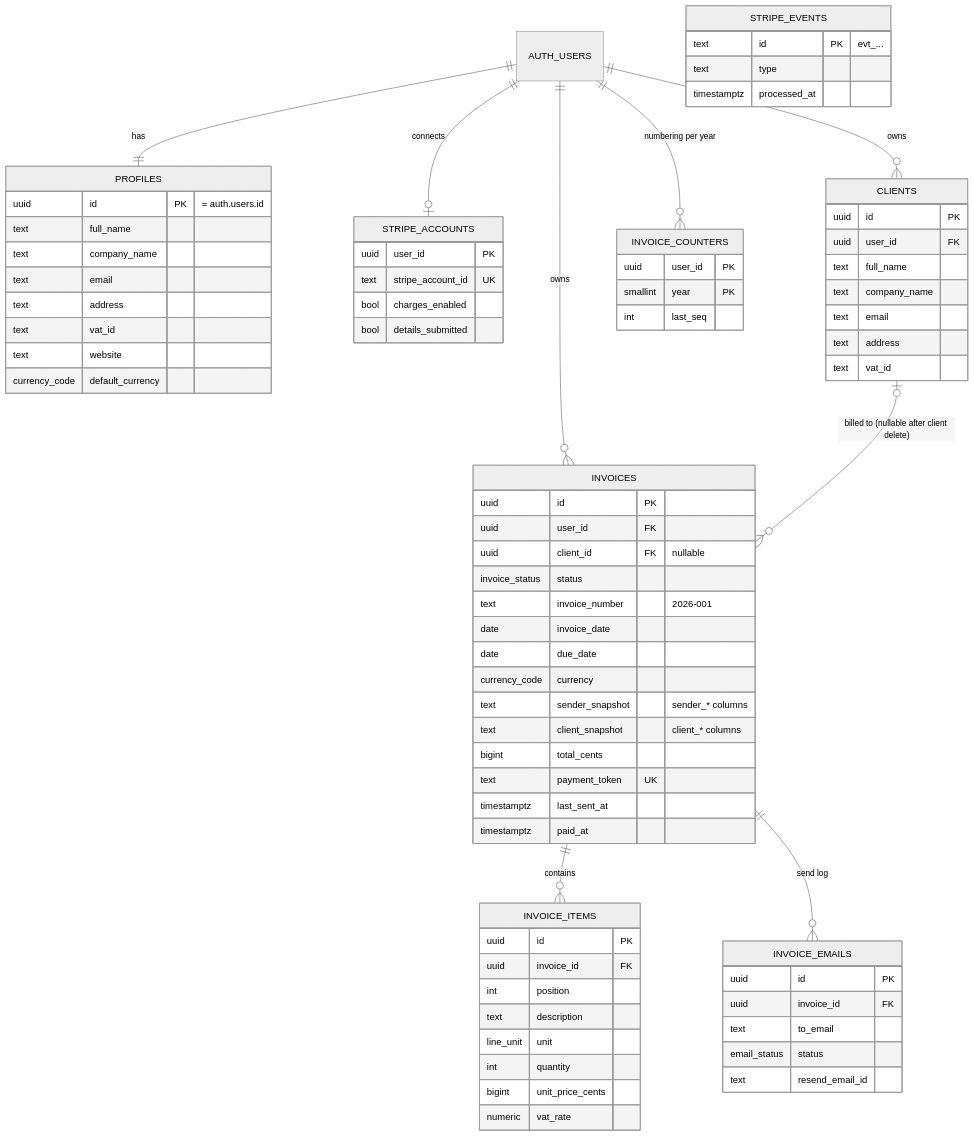
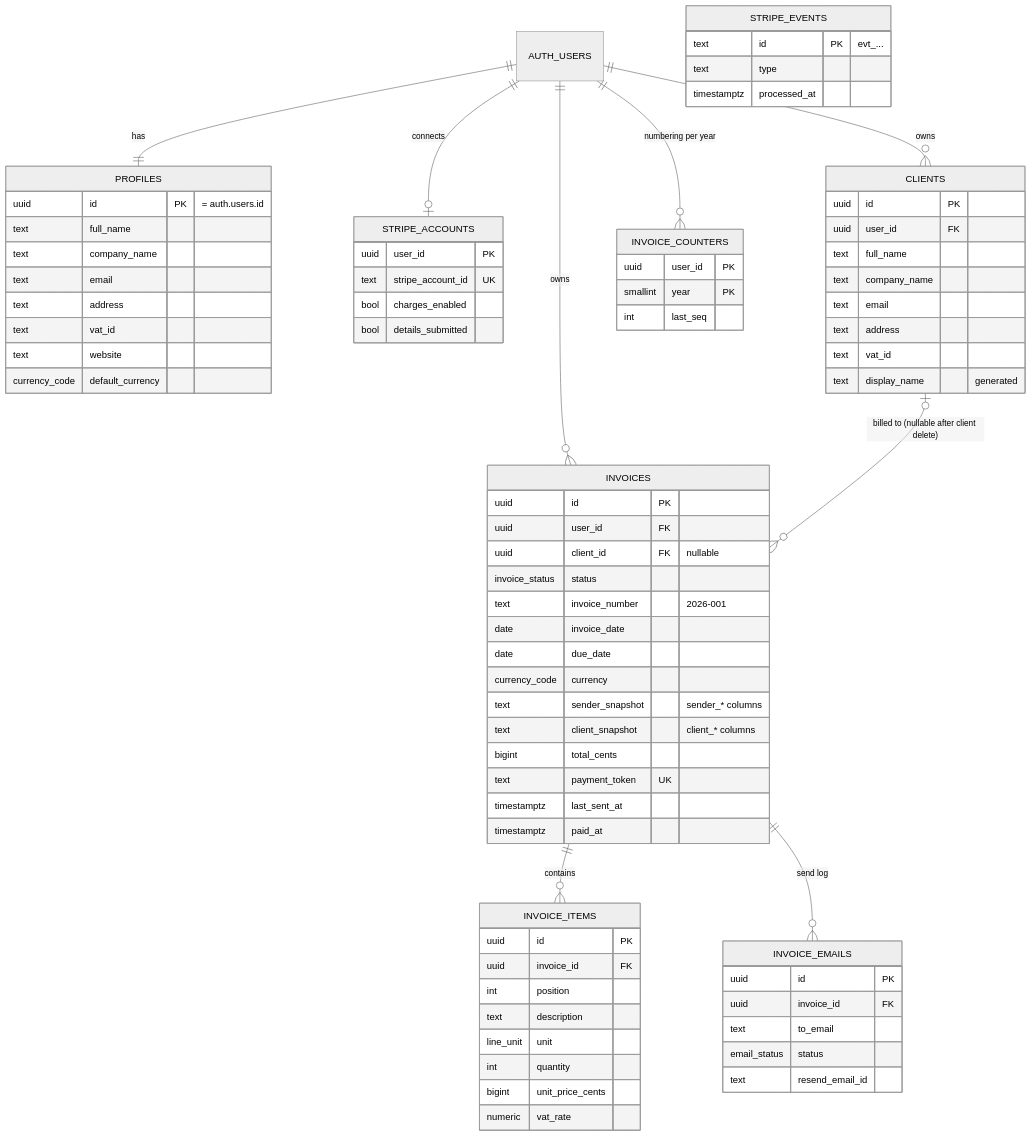
One commit to izrno00/invoice-generator changed the diagram in docs/DB.md. Above: the diagram before and after it, drawn with Mermaid (neutral theme). The commit also changed other lines of this file and 102 other files, not shown here.

````diff
--- a/docs/DB.md
+++ b/docs/DB.md
@@ -16,80 +21,81 @@
 ```mermaid
 erDiagram
     AUTH_USERS ||--|| PROFILES : "has"
     AUTH_USERS ||--o| STRIPE_ACCOUNTS : "connects"
     AUTH_USERS ||--o{ CLIENTS : "owns"
     AUTH_USERS ||--o{ INVOICES : "owns"
     AUTH_USERS ||--o{ INVOICE_COUNTERS : "numbering per year"
     CLIENTS |o--o{ INVOICES : "billed to (nullable after client delete)"
     INVOICES ||--o{ INVOICE_ITEMS : "contains"
     INVOICES ||--o{ INVOICE_EMAILS : "send log"
 
     PROFILES {
         uuid id PK "= auth.users.id"
         text full_name
         text company_name
         text email
         text address
         text vat_id
         text website
         currency_code default_currency
     }
     STRIPE_ACCOUNTS {
         uuid user_id PK
         text stripe_account_id UK
         bool charges_enabled
         bool details_submitted
     }
     CLIENTS {
         uuid id PK
         uuid user_id FK
         text full_name
         text company_name
         text email
         text address
         text vat_id
+        text display_name "generated"
     }
     INVOICES {
         uuid id PK
         uuid user_id FK
         uuid client_id FK "nullable"
         invoice_status status
         text invoice_number "2026-001"
         date invoice_date
         date due_date
         currency_code currency
         text sender_snapshot "sender_* columns"
         text client_snapshot "client_* columns"
         bigint total_cents
         text payment_token UK
         timestamptz last_sent_at
         timestamptz paid_at
     }
     INVOICE_ITEMS {
         uuid id PK
         uuid invoice_id FK
         int position
         text description
         line_unit unit
         int quantity
         bigint unit_price_cents
         numeric vat_rate
     }
     INVOICE_EMAILS {
         uuid id PK
         uuid invoice_id FK
         text to_email
         email_status status
         text resend_email_id
     }
     INVOICE_COUNTERS {
         uuid user_id PK
         smallint year PK
         int last_seq
     }
     STRIPE_EVENTS {
         text id PK "evt_..."
         text type
         timestamptz processed_at
     }
 ```
````
